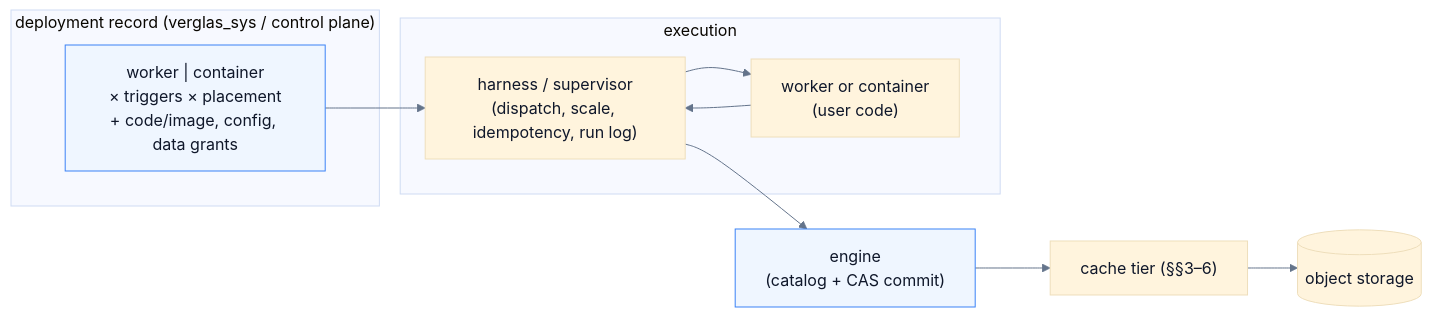
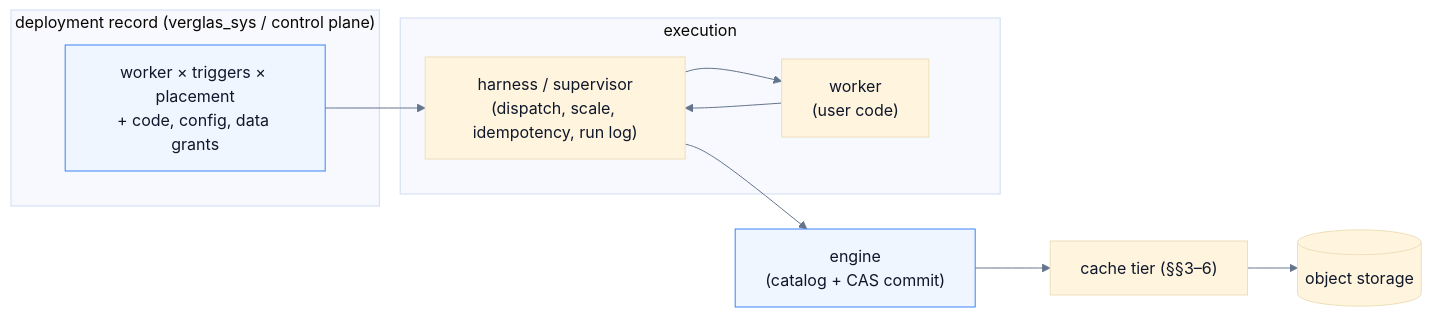
Before and after one commit to verglas-org/verglas: the sixth of 6 diagrams in docs/architecture/whitepaper.mdx, drawn with Mermaid. The commit also changed other lines of this file and 162 other files, not shown here.

````diff
--- a/docs/architecture/whitepaper.mdx
+++ b/docs/architecture/whitepaper.mdx
@@ -512,22 +510,22 @@
 ```mermaid
 %%{init: {'theme': 'base', 'themeVariables': {'fontFamily': 'Inter, ui-sans-serif, system-ui', 'primaryTextColor': '#0f172a', 'lineColor': '#64748b'}}}%%
 flowchart LR
     subgraph record["deployment record (verglas_sys / control plane)"]
-        R["worker | container<br/>× triggers × placement<br/>+ code/image, config, data grants"]
+        R["worker × triggers × placement<br/>+ code, config, data grants"]
     end
     subgraph exec["execution"]
         H["harness / supervisor<br/>(dispatch, scale, idempotency, run log)"]
-        J["worker or container<br/>(user code)"]
+        J["worker<br/>(user code)"]
     end
     E["engine<br/>(catalog + CAS commit)"]
     C["cache tier (§§3–6)"]
     O[("object storage")]
     R --> H
     H --> J
     J --> H
     H --> E
     E --> C
     C --> O
     classDef data fill:#eff6ff,stroke:#3b82f6
     class R,E data
 ```
````
